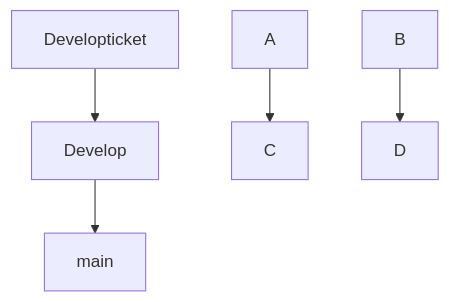
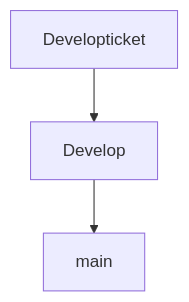
One commit to TheRadDani/sql_etls changed the diagram in README.md. Above: the diagram before and after it, drawn with Mermaid.

````diff
--- a/README.md
+++ b/README.md
@@ -1,7 +1,6 @@
 ```mermaid
 graph TD;
     Developticket-->Develop;
-    A-->C;
-    B-->D;
+    
     Develop-->main;
 ```
````
